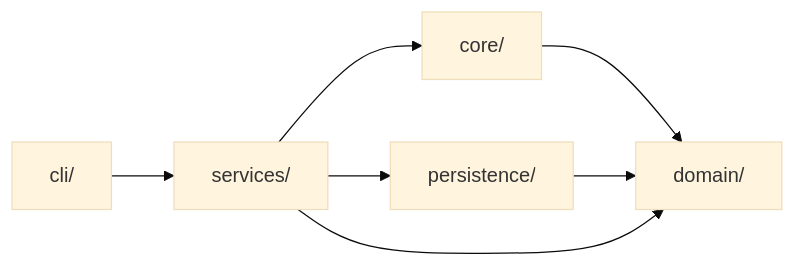
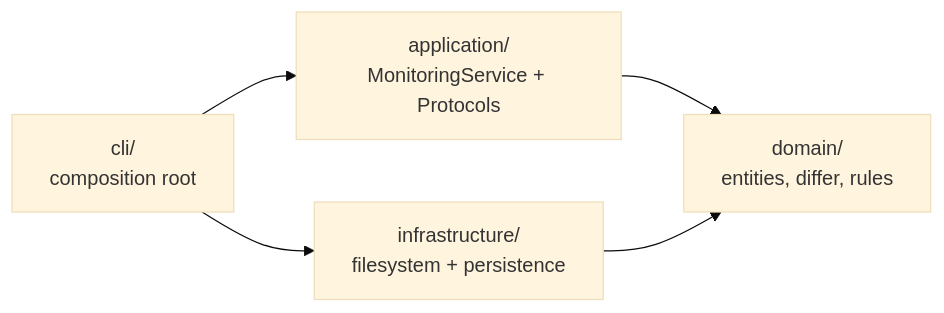
The first of 5 diagrams in docs/architecture.md (Gab-Mello/codeGuard), drawn with Mermaid (base theme) before and after one commit. The commit also changed other lines of this file and 1 other file, not shown here.

Commit message:
chore: update architecture documentation

````diff
--- a/docs/architecture.md
+++ b/docs/architecture.md
@@ -19,9 +22,11 @@
 ```mermaid
 flowchart LR
-    cli[cli/] --> services[services/]
-    services --> core[core/]
-    services --> persistence[persistence/]
-    core --> domain[domain/]
-    persistence --> domain
-    services --> domain
+    cli[cli/<br/>composition root]
+    app[application/<br/>MonitoringService + Protocols]
+    infra[infrastructure/<br/>filesystem + persistence]
+    dom[domain/<br/>entities, differ, rules]
+    cli --> app
+    cli --> infra
+    app --> dom
+    infra --> dom
 ```
````
